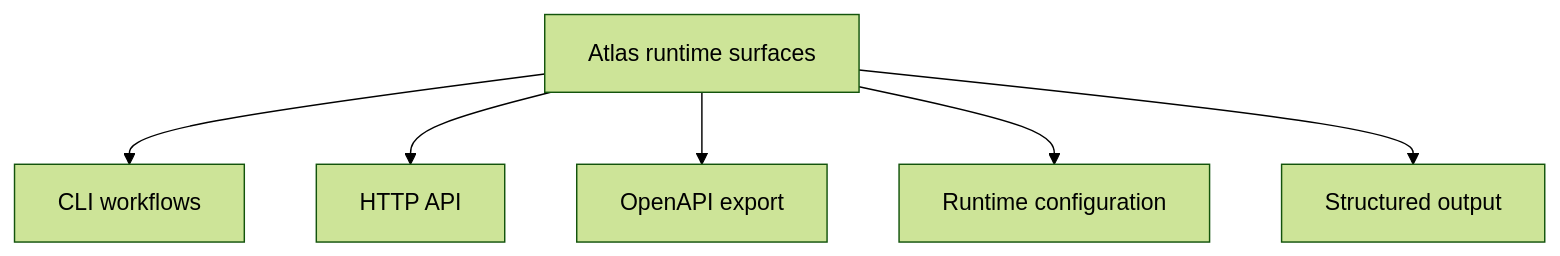
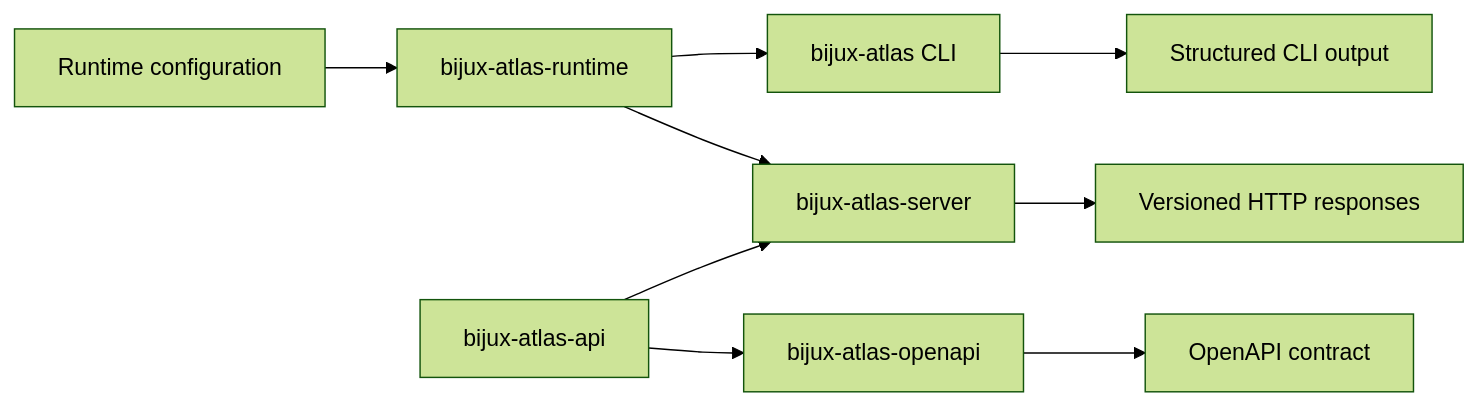
One commit to bijux/bijux-atlas changed the diagram in docs/bijux-atlas/foundations/runtime-surfaces.md. Above: the diagram before and after it, drawn with Mermaid (forest theme). The commit also changed other lines of this file and 2 other files, not shown here.

Commit message:
docs(ownership): map package release and runtime authorities

````diff
--- a/docs/bijux-atlas/foundations/runtime-surfaces.md
+++ b/docs/bijux-atlas/foundations/runtime-surfaces.md
@@ -17,8 +18,11 @@
 ```mermaid
-flowchart TD
-    Runtime[Atlas runtime surfaces] --> CLI[CLI workflows]
-    Runtime --> HTTP[HTTP API]
-    Runtime --> OpenAPI[OpenAPI export]
-    Runtime --> Config[Runtime configuration]
-    Runtime --> Output[Structured output]
+flowchart LR
+    Runtime[bijux-atlas-runtime] --> CLI[bijux-atlas CLI]
+    Runtime --> Server[bijux-atlas-server]
+    API[bijux-atlas-api] --> Server
+    API --> OpenAPI[bijux-atlas-openapi]
+    Config[Runtime configuration] --> Runtime
+    CLI --> Output[Structured CLI output]
+    Server --> HTTP[Versioned HTTP responses]
+    OpenAPI --> Contract[OpenAPI contract]
 ```
````
